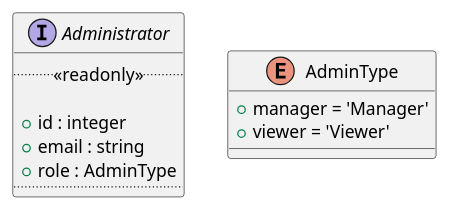
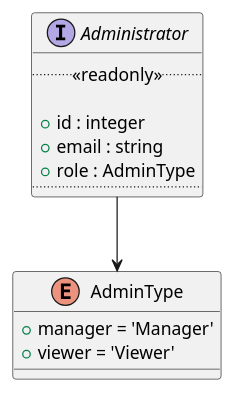
One commit to GruppOne/stalker-web-app changed the diagram in docs/diagrams/interfaces/Administrators/Administrators.pu. Above: the diagram before and after it, drawn with PlantUML. The commit also changed 12 other files, not shown here.

Commit message:
feat: include all diagrams into class-diagram and design relations

```diff
--- a/docs/diagrams/interfaces/Administrators/Administrators.pu
+++ b/docs/diagrams/interfaces/Administrators/Administrators.pu
@@ -1,15 +1,17 @@
 @startuml Administrator
 interface Administrator {
   ..<<readonly>>..
 
   + id : integer
   + email : string
   + role : AdminType
   ....
 }
 
 enum AdminType {
   + manager = 'Manager'
   + viewer = 'Viewer'
 }
+
+Administrator --> AdminType
 @enduml
```
